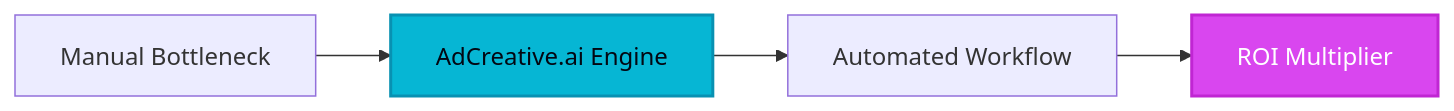
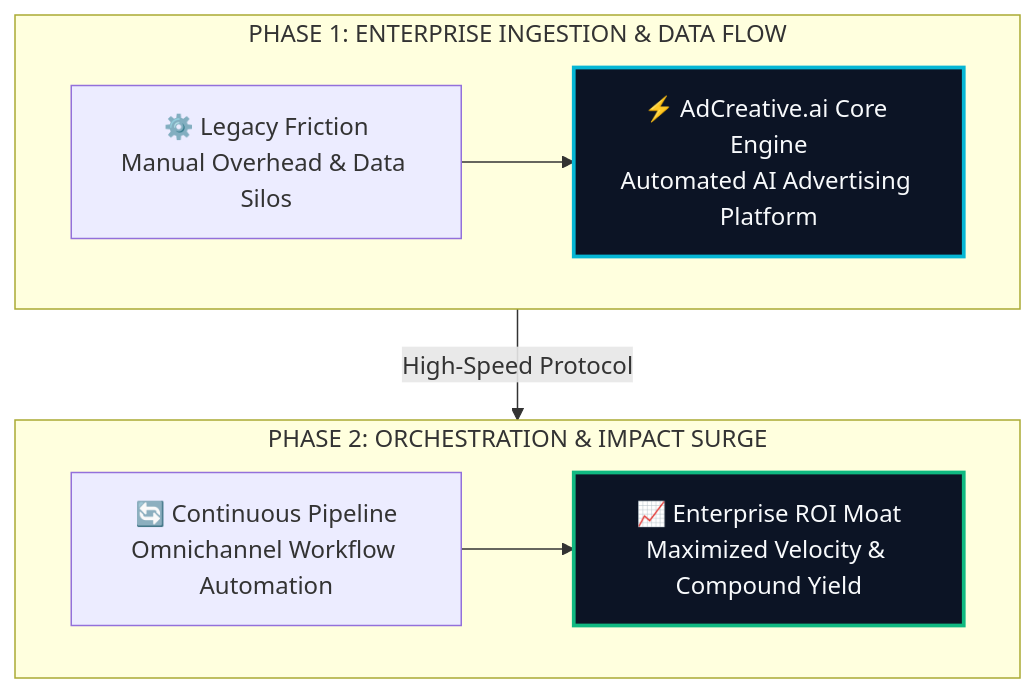
One commit to heliatech-media/saas-radar changed the diagram in site/src/content/blog/adcreative-ai-evolution-guide-2026.md. Above: the diagram before and after it, drawn with Mermaid. The commit also changed 97 other files, not shown here.

First line of the commit message:
feat(diagrams): upgrade all article architecture schemas to high-impact 2-tier responsive vector blueprints

````diff
--- a/site/src/content/blog/adcreative-ai-evolution-guide-2026.md
+++ b/site/src/content/blog/adcreative-ai-evolution-guide-2026.md
@@ -50,8 +50,14 @@
 ```mermaid
-flowchart LR
-    A[Manual Bottleneck] --> B[AdCreative.ai Engine]
-    B --> C[Automated Workflow]
-    C --> D[ROI Multiplier]
-    style B fill:#06b6d4,stroke:#0891b2,stroke-width:2px,color:#030712
-    style D fill:#d946ef,stroke:#c026d3,stroke-width:2px,color:#ffffff
+flowchart TD
+    subgraph S1["PHASE 1: ENTERPRISE INGESTION & DATA FLOW"]
+        direction LR
+        A["⚙️ Legacy Friction<br/>Manual Overhead & Data Silos"] --> B["⚡ AdCreative.ai Core Engine<br/>Automated AI Advertising Platform"]
+    end
+    subgraph S2["PHASE 2: ORCHESTRATION & IMPACT SURGE"]
+        direction LR
+        C["🔄 Continuous Pipeline<br/>Omnichannel Workflow Automation"] --> D["📈 Enterprise ROI Moat<br/>Maximized Velocity & Compound Yield"]
+    end
+    S1 -->|High-Speed Protocol| S2
+    style B fill:#0c1425,stroke:#06b6d4,stroke-width:2.5px,color:#f8fafc
+    style D fill:#0c1425,stroke:#10b981,stroke-width:2.5px,color:#f8fafc
 ```
````
